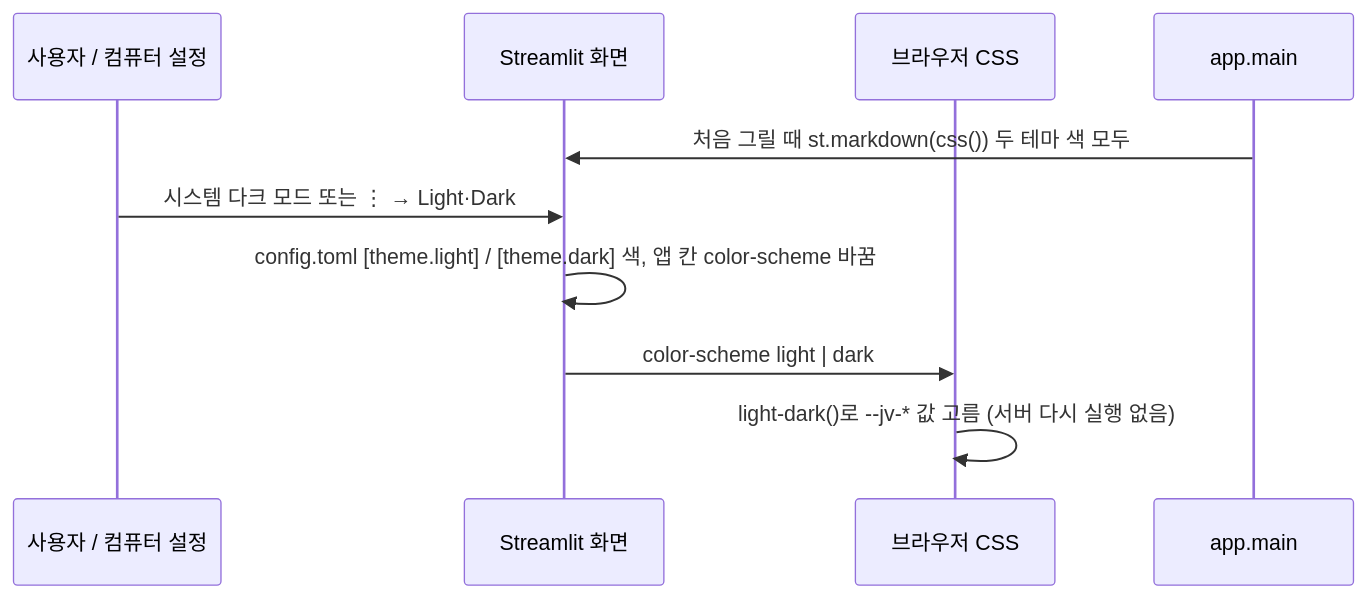
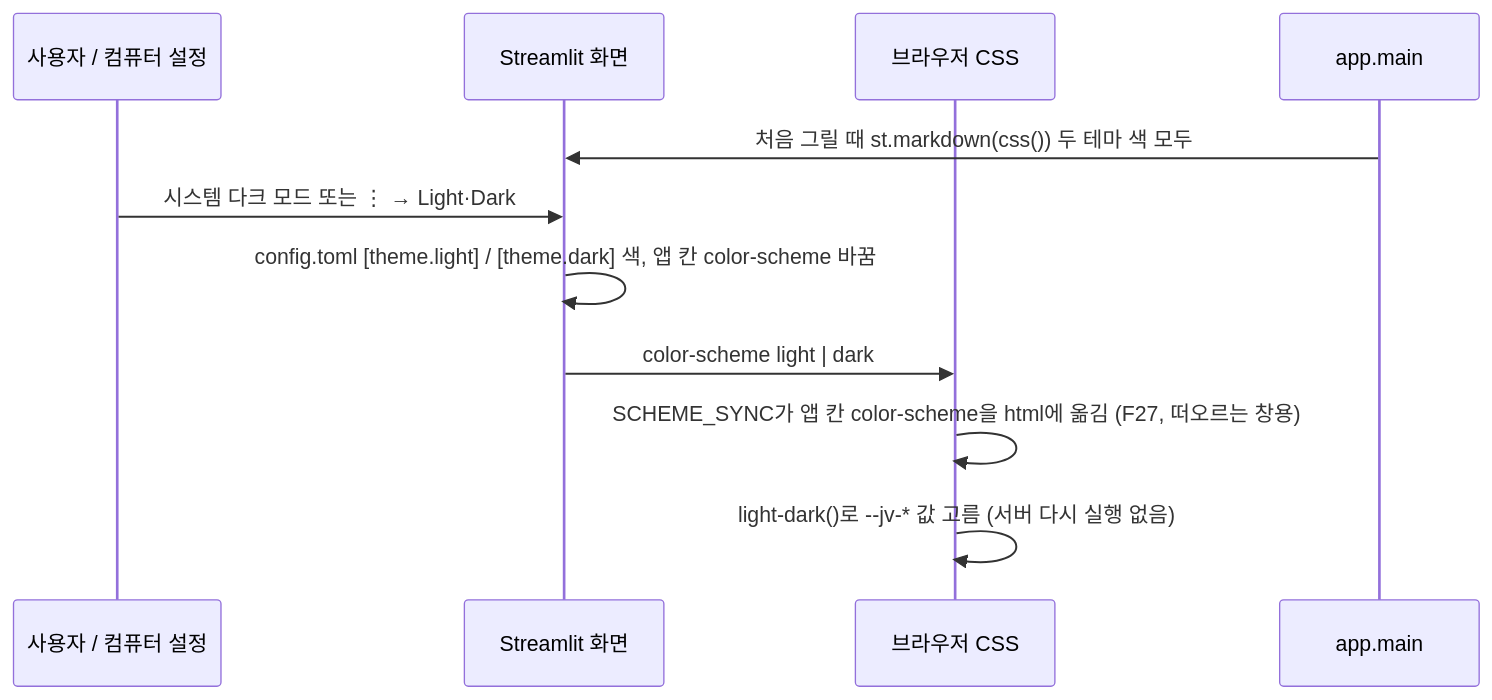
Before and after one commit to wogud98/jobvis: the diagram in docs/v0.6.1/02-design.md, drawn with Mermaid. The commit also changed other lines of this file and 4 other files, not shown here.

````diff
--- a/docs/v0.6.1/02-design.md
+++ b/docs/v0.6.1/02-design.md
@@ -58,12 +64,13 @@
 ```mermaid
 sequenceDiagram
     participant U as 사용자 / 컴퓨터 설정
     participant S as Streamlit 화면
     participant B as 브라우저 CSS
     participant A as app.main
     A->>S: 처음 그릴 때 st.markdown(css()) 두 테마 색 모두
     U->>S: 시스템 다크 모드 또는 ⋮ → Light·Dark
     S->>S: config.toml [theme.light] / [theme.dark] 색, 앱 칸 color-scheme 바꿈
     S->>B: color-scheme light | dark
+    B->>B: SCHEME_SYNC가 앱 칸 color-scheme을 html에 옮김 (F27, 떠오르는 창용)
     B->>B: light-dark()로 --jv-* 값 고름 (서버 다시 실행 없음)
 ```
````
